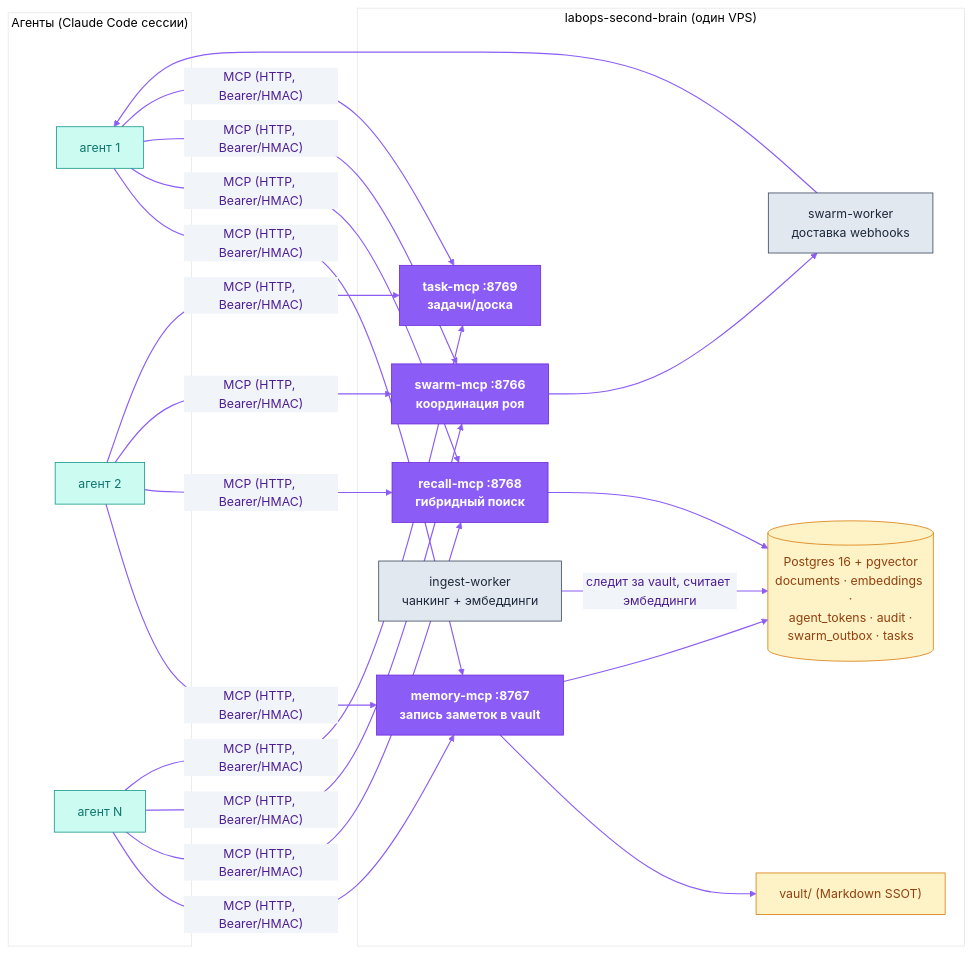
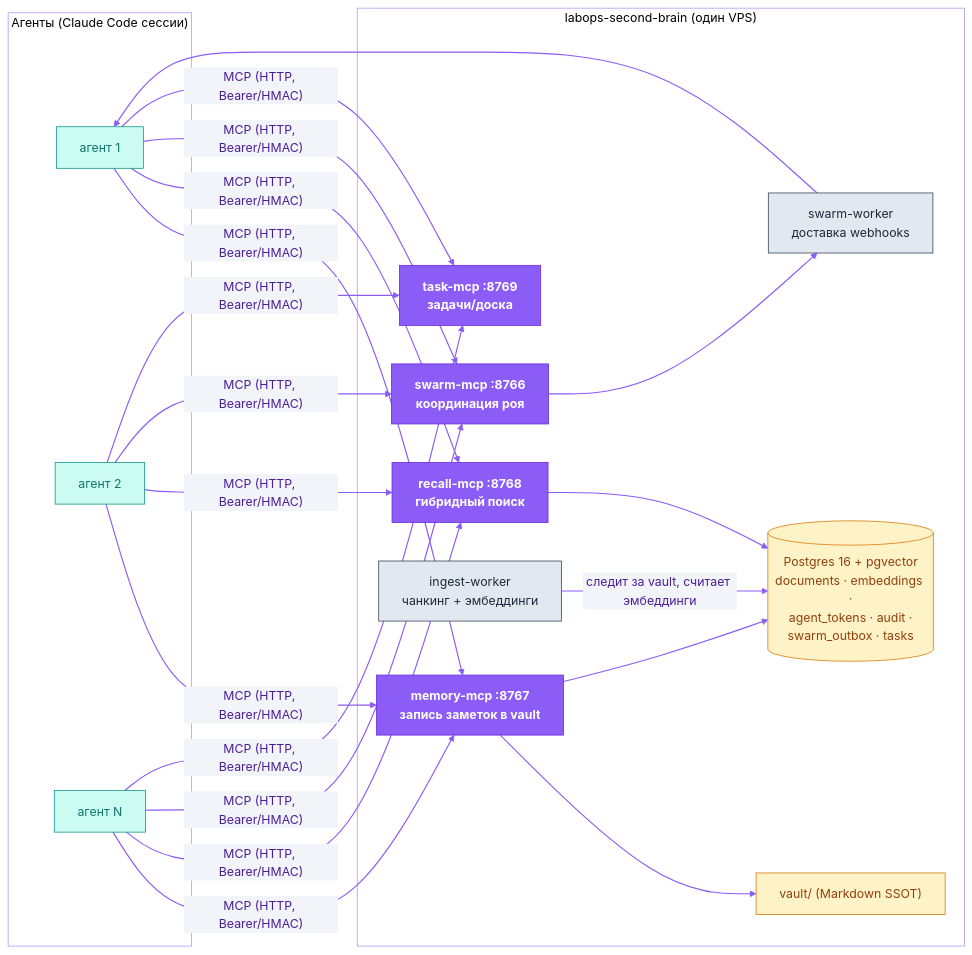
Before and after one commit to dediukhinpa/labops-second-brain: the second of 2 diagrams in README.ru.md, drawn with Mermaid. The commit also changed other lines of this file and 1 other file, not shown here.

Commit message:
docs: transparent subgraph backgrounds in mermaid diagrams
Set clusterBkg=transparent (+ a subtle violet clusterBorder) in every mermaid init
directive so the grouped subgraph containers no longer show a white fill — they blend
with the page in both light and dark themes. Node fills/accents unchanged.

````diff
--- a/README.ru.md
+++ b/README.ru.md
@@ -134,34 +134,34 @@
 ```mermaid
-%%{init: {'theme':'base','themeVariables':{'primaryColor':'#EDE9FE','primaryTextColor':'#4C1D95','primaryBorderColor':'#8B5CF6','lineColor':'#8B5CF6','secondaryColor':'#F1F5F9','tertiaryColor':'#ffffff','fontFamily':'Helvetica,Arial,sans-serif'}}}%%
+%%{init: {'theme':'base','themeVariables':{'primaryColor':'#EDE9FE','primaryTextColor':'#4C1D95','primaryBorderColor':'#8B5CF6','lineColor':'#8B5CF6','secondaryColor':'#F1F5F9','tertiaryColor':'#ffffff','clusterBkg':'transparent','clusterBorder':'#B794F4','fontFamily':'Helvetica,Arial,sans-serif'}}}%%
 flowchart LR
     subgraph agents["Агенты (Claude Code сессии)"]
         A1["агент 1"]; A2["агент 2"]; A3["агент N"]
     end
 
     subgraph brain["labops-second-brain (один VPS)"]
         MEM["memory-mcp :8767<br/>запись заметок в vault"]
         REC["recall-mcp :8768<br/>гибридный поиск"]
         SW["swarm-mcp :8766<br/>координация роя"]
         TASK["task-mcp :8769<br/>задачи/доска"]
         IW["ingest-worker<br/>чанкинг + эмбеддинги"]
         SWW["swarm-worker<br/>доставка webhooks"]
         PG[("Postgres 16 + pgvector<br/>documents · embeddings ·<br/>agent_tokens · audit ·<br/>swarm_outbox · tasks")]
         VAULT["vault/ (Markdown SSOT)"]
     end
 
     A1 & A2 & A3 -- "MCP (HTTP, Bearer/HMAC)" --> MEM & REC & SW & TASK
     MEM --> VAULT
     MEM --> PG
     IW -- "следит за vault, считает эмбеддинги" --> PG
     REC --> PG
     SW --> SWW --> A1
     classDef brand fill:#8B5CF6,stroke:#6D28D9,color:#ffffff,font-weight:bold
     classDef ext fill:#CCFBF1,stroke:#0D9488,color:#0F766E
     classDef store fill:#FEF3C7,stroke:#D97706,color:#92400E
     classDef sys fill:#E2E8F0,stroke:#334155,color:#1E293B
     linkStyle default stroke:#8B5CF6,stroke-width:1.5px
     class MEM,REC,SW,TASK brand
     class A1,A2,A3 ext
     class PG,VAULT store
     class IW,SWW sys
 ```
````
